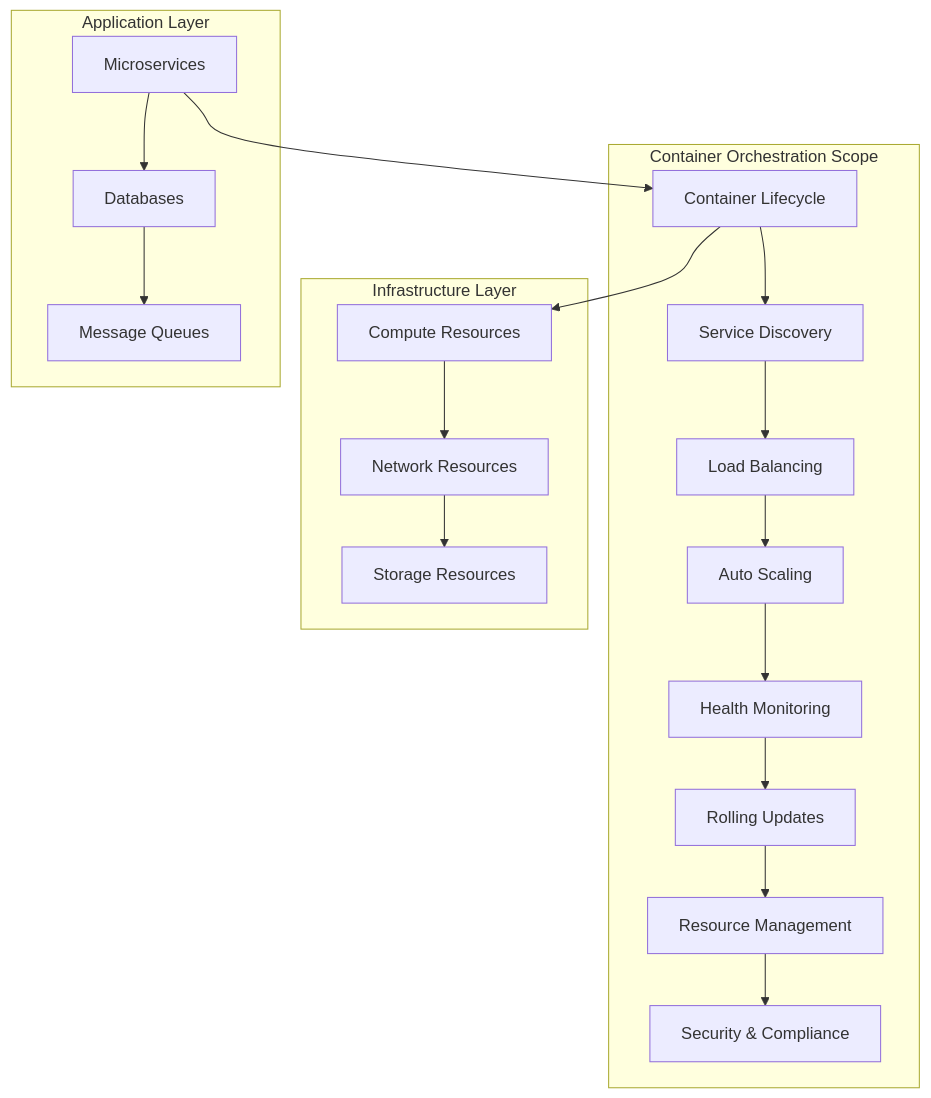
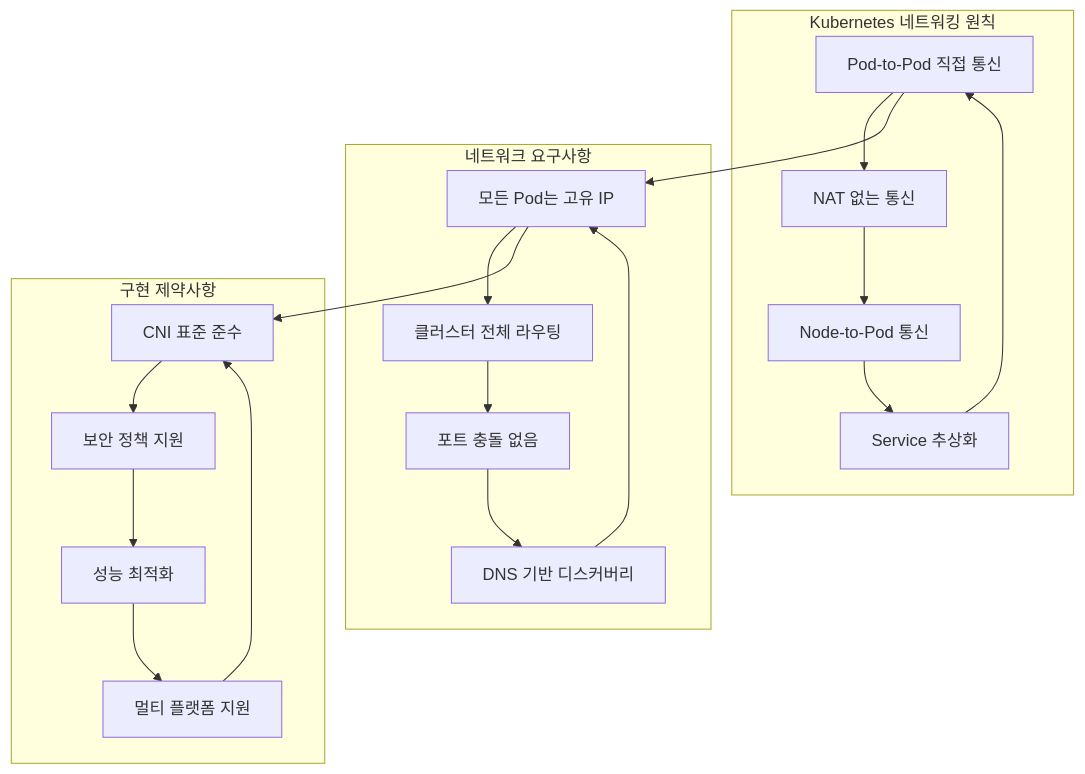
One commit to niceguy61/kdt_devops_lecture_2025 changed the first of 4 diagrams in week_02/day_03/session_01.md. Above: the diagram before and after it, drawn with Mermaid. The commit also changed other lines of this file and 38 other files, not shown here.

````diff
--- a/week_02/day_03/session_01.md
+++ b/week_02/day_03/session_01.md
@@ -15,25 +16,26 @@
 ```mermaid
 graph TB
-    subgraph "Container Orchestration Scope"
-        A[Container Lifecycle] --> B[Service Discovery]
-        B --> C[Load Balancing]
-        C --> D[Auto Scaling]
-        D --> E[Health Monitoring]
-        E --> F[Rolling Updates]
-        F --> G[Resource Management]
-        G --> H[Security & Compliance]
+    subgraph "Kubernetes 네트워킹 원칙"
+        A[Pod-to-Pod 직접 통신] --> B[NAT 없는 통신]
+        B --> C[Node-to-Pod 통신]
+        C --> D[Service 추상화]
+        D --> A
     end
     
-    subgraph "Infrastructure Layer"
-        I[Compute Resources] --> J[Network Resources]
-        J --> K[Storage Resources]
+    subgraph "네트워크 요구사항"
+        E[모든 Pod는 고유 IP] --> F[클러스터 전체 라우팅]
+        F --> G[포트 충돌 없음]
+        G --> H[DNS 기반 디스커버리]
+        H --> E
     end
     
-    subgraph "Application Layer"
-        L[Microservices] --> M[Databases]
-        M --> N[Message Queues]
+    subgraph "구현 제약사항"
+        I[CNI 표준 준수] --> J[보안 정책 지원]
+        J --> K[성능 최적화]
+        K --> L[멀티 플랫폼 지원]
+        L --> I
     end
     
-    A --> I
-    L --> A
+    A --> E
+    E --> I
 ```
````
